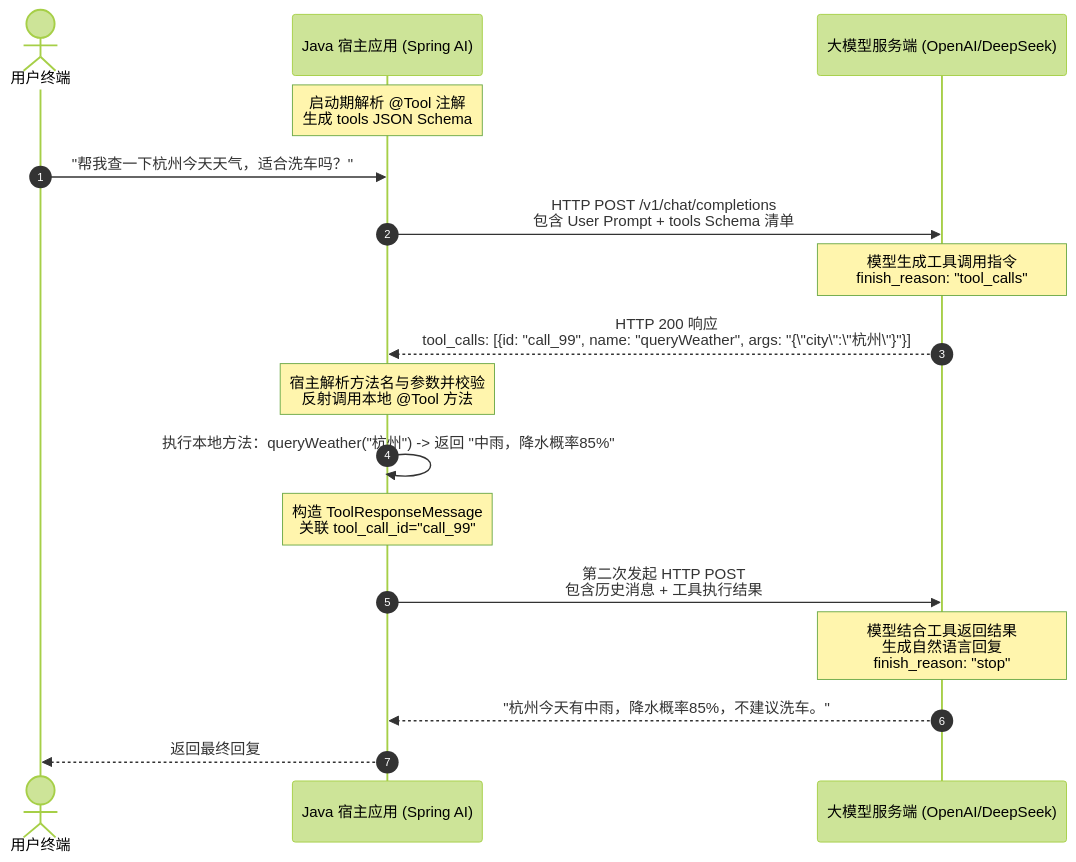
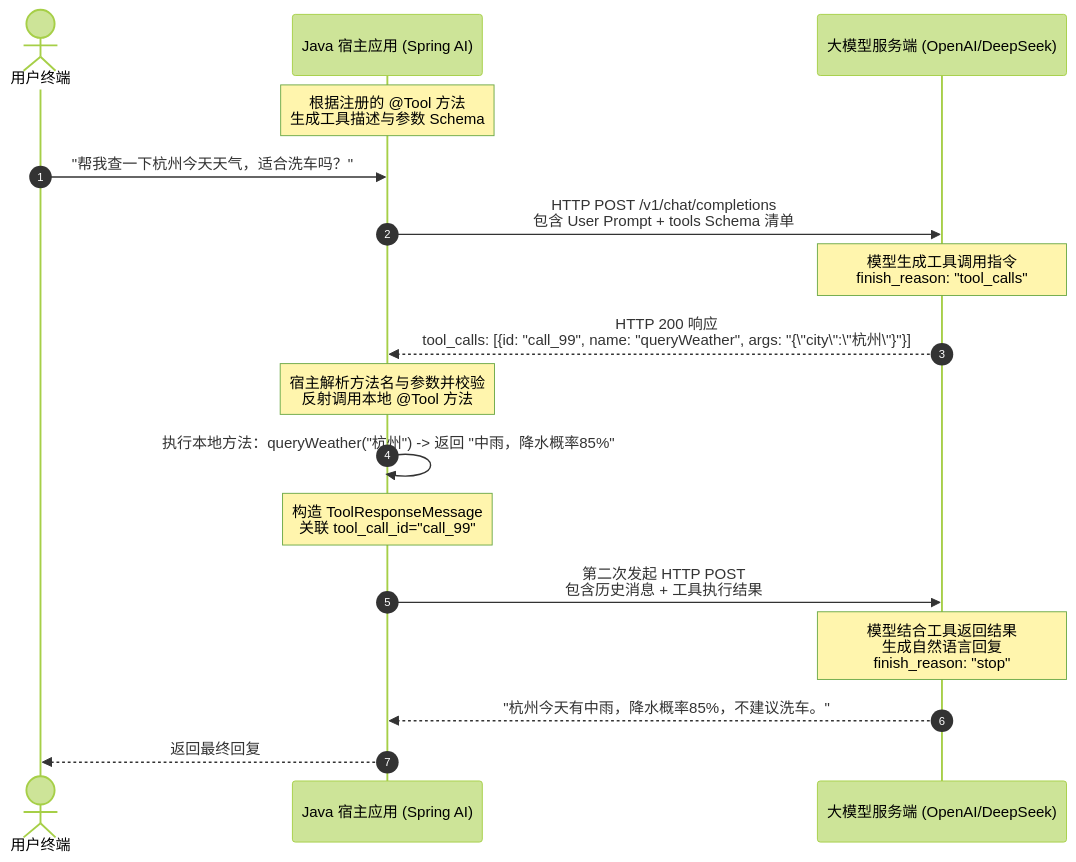
One commit to GuoWWWX/knowledge-base changed the first of 2 diagrams in 10-AI应用开发/02-框架-SpringAI与LangChain4j/SpringAI/06-Function-Calling工具调用.md. Above: the diagram before and after it, drawn with Mermaid (forest theme). The commit also changed other lines of this file and 368 other files, not shown here.

````diff
--- a/10-AI应用开发/02-框架-SpringAI与LangChain4j/SpringAI/06-Function-Calling工具调用.md
+++ b/10-AI应用开发/02-框架-SpringAI与LangChain4j/SpringAI/06-Function-Calling工具调用.md
@@ -25,20 +25,20 @@
 ```mermaid
 sequenceDiagram
     autonumber
     actor User as 用户终端
     participant App as Java 宿主应用 (Spring AI)
     participant LLM as 大模型服务端 (OpenAI/DeepSeek)
 
-    Note over App: 启动期解析 @Tool 注解<br/>生成 tools JSON Schema
+    Note over App: 根据注册的 @Tool 方法<br/>生成工具描述与参数 Schema
     User->>App: "帮我查一下杭州今天天气，适合洗车吗？"
     App->>LLM: HTTP POST /v1/chat/completions<br/>包含 User Prompt + tools Schema 清单
     Note over LLM: 模型生成工具调用指令<br/>finish_reason: "tool_calls"
     LLM-->>App: HTTP 200 响应<br/>tool_calls: [{id: "call_99", name: "queryWeather", args: "{\"city\":\"杭州\"}"}]
     Note over App: 宿主解析方法名与参数并校验<br/>反射调用本地 @Tool 方法
     App->>App: 执行本地方法：queryWeather("杭州") -> 返回 "中雨，降水概率85%"
     Note over App: 构造 ToolResponseMessage<br/>关联 tool_call_id="call_99"
     App->>LLM: 第二次发起 HTTP POST<br/>包含历史消息 + 工具执行结果
     Note over LLM: 模型结合工具返回结果<br/>生成自然语言回复<br/>finish_reason: "stop"
     LLM-->>App: "杭州今天有中雨，降水概率85%，不建议洗车。"
     App-->>User: 返回最终回复
 ```
````
